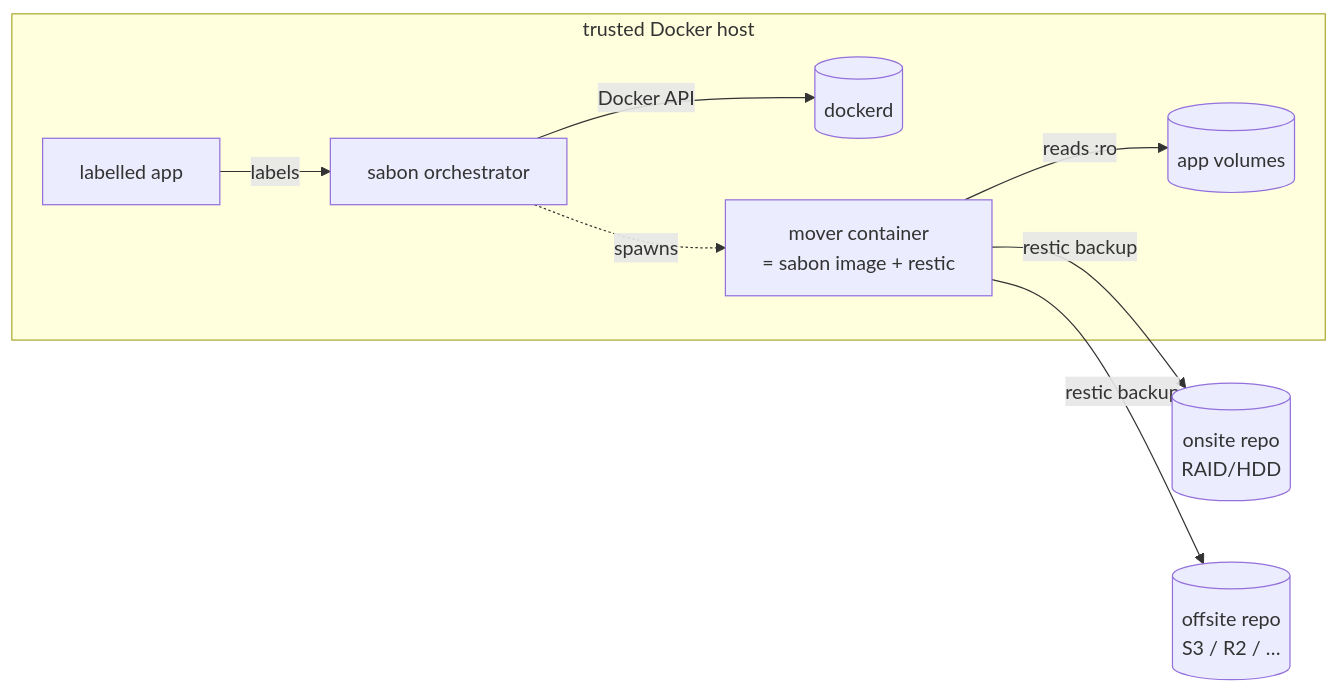
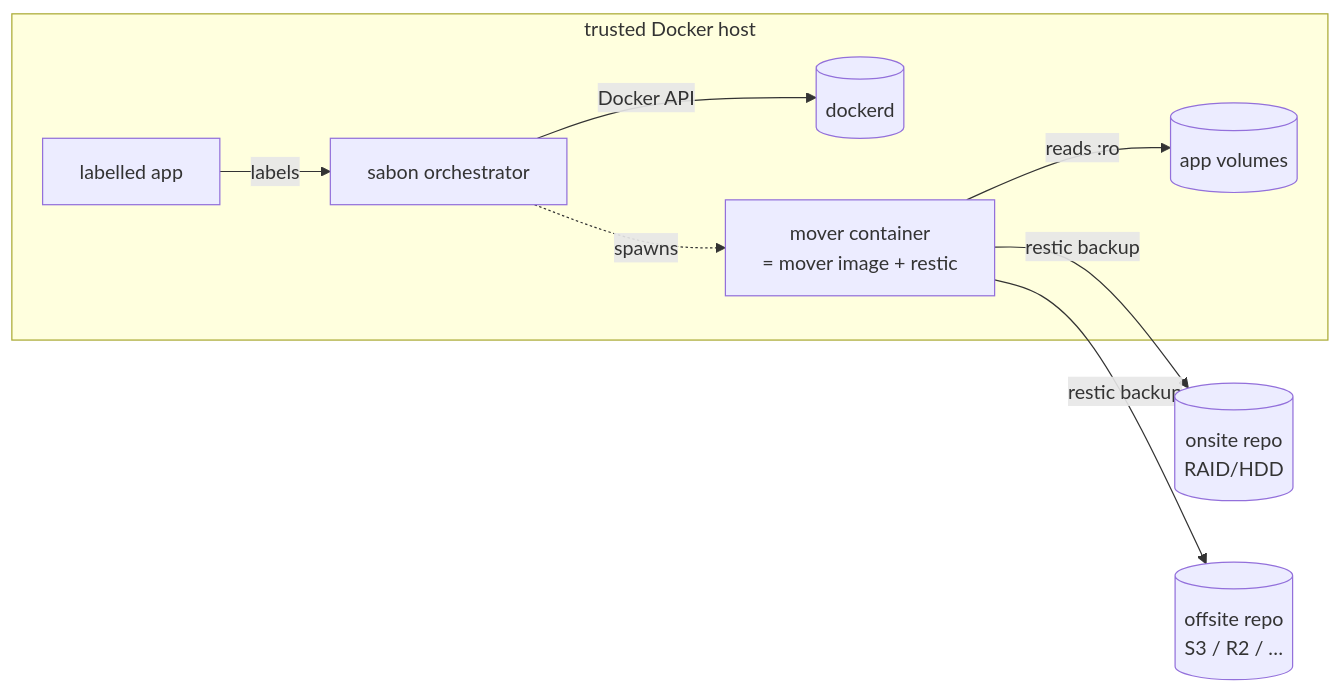
Before and after one commit to davidborzek/sabon: the diagram in README.md, drawn with Mermaid. The commit also changed other lines of this file and 32 other files, not shown here.

First line of the commit message:
feat!: run movers from a dedicated mover image (#36)

````diff
--- a/README.md
+++ b/README.md
@@ -28,11 +28,11 @@
 ```mermaid
 flowchart LR
   subgraph host [trusted Docker host]
     sabon[sabon orchestrator] -->|Docker API| daemon[(dockerd)]
-    sabon -.spawns.-> mover[mover container<br/>= sabon image + restic]
+    sabon -.spawns.-> mover[mover container<br/>= mover image + restic]
     app[labelled app] -->|labels| sabon
     mover -->|reads :ro| vols[(app volumes)]
   end
   mover -->|restic backup| onsite[(onsite repo<br/>RAID/HDD)]
   mover -->|restic backup| offsite[(offsite repo<br/>S3 / R2 / …)]
 ```
````
